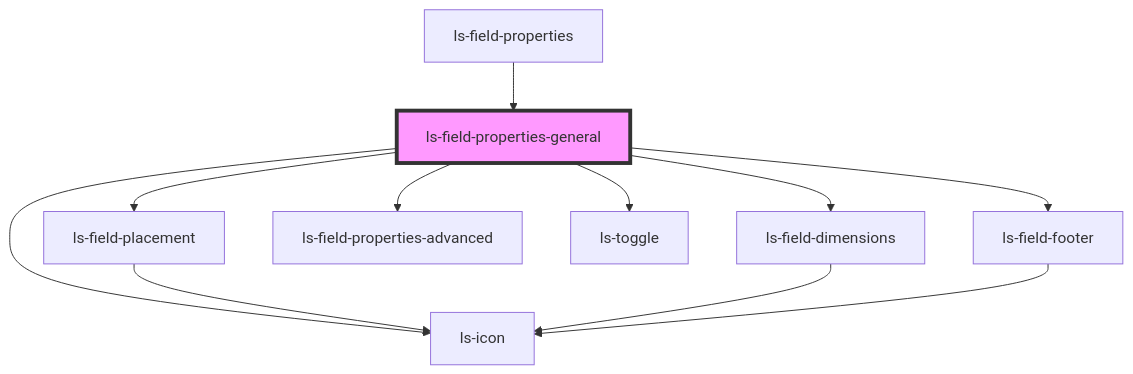
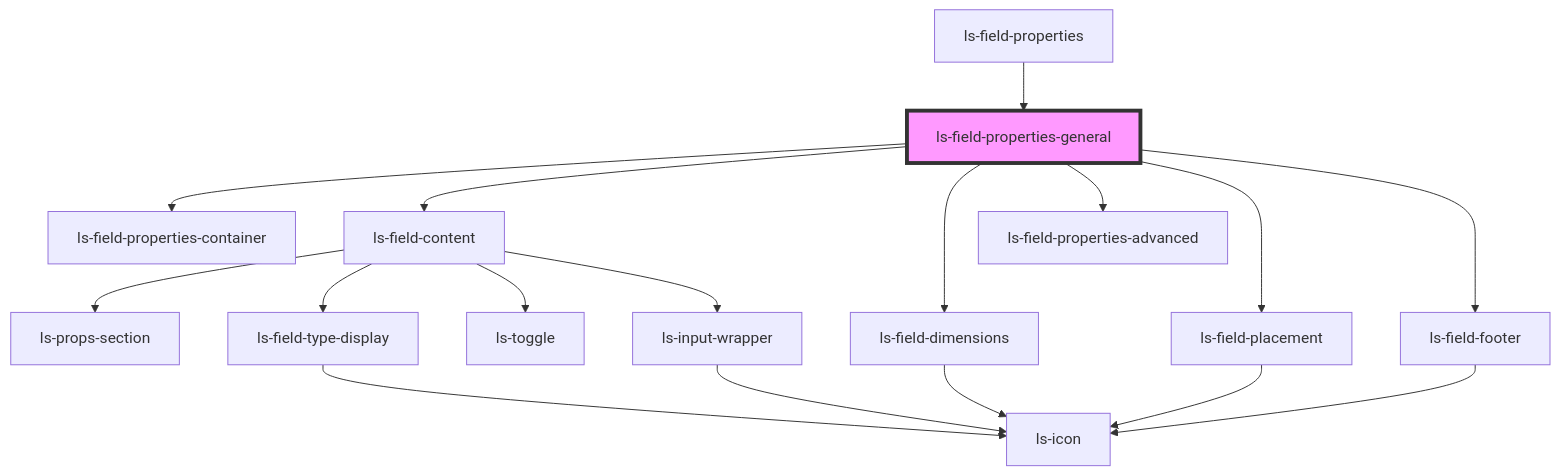
Before and after one commit to legalesign/ls-document-viewer: the diagram in src/components/ls-field-properties-general/readme.md, drawn with Mermaid. The commit also changed other lines of this file and 16 other files, not shown here.

````diff
--- a/src/components/ls-field-properties-general/readme.md
+++ b/src/components/ls-field-properties-general/readme.md
@@ -32,14 +31,20 @@
 ```mermaid
 graph TD;
-  ls-field-properties-general --> ls-field-placement
+  ls-field-properties-general --> ls-field-properties-container
+  ls-field-properties-general --> ls-field-content
   ls-field-properties-general --> ls-field-dimensions
   ls-field-properties-general --> ls-field-properties-advanced
-  ls-field-properties-general --> ls-icon
-  ls-field-properties-general --> ls-toggle
+  ls-field-properties-general --> ls-field-placement
   ls-field-properties-general --> ls-field-footer
+  ls-field-content --> ls-props-section
+  ls-field-content --> ls-field-type-display
+  ls-field-content --> ls-toggle
+  ls-field-content --> ls-input-wrapper
+  ls-field-type-display --> ls-icon
+  ls-input-wrapper --> ls-icon
+  ls-field-dimensions --> ls-icon
   ls-field-placement --> ls-icon
-  ls-field-dimensions --> ls-icon
   ls-field-footer --> ls-icon
   ls-field-properties --> ls-field-properties-general
   style ls-field-properties-general fill:#f9f,stroke:#333,stroke-width:4px
 ```
````
